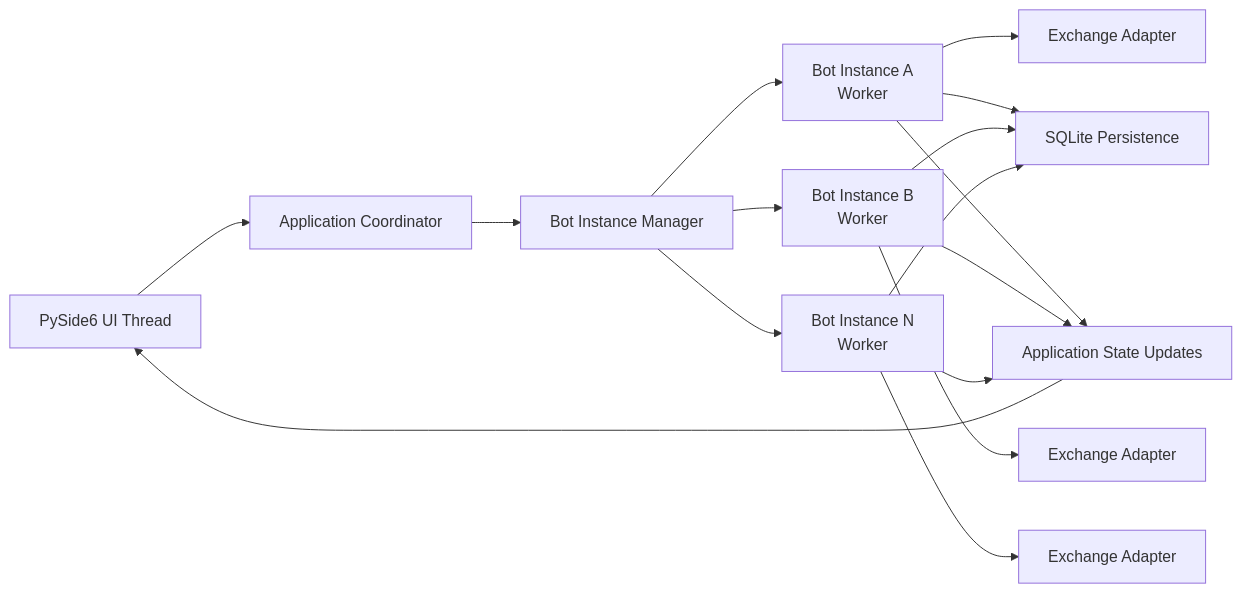
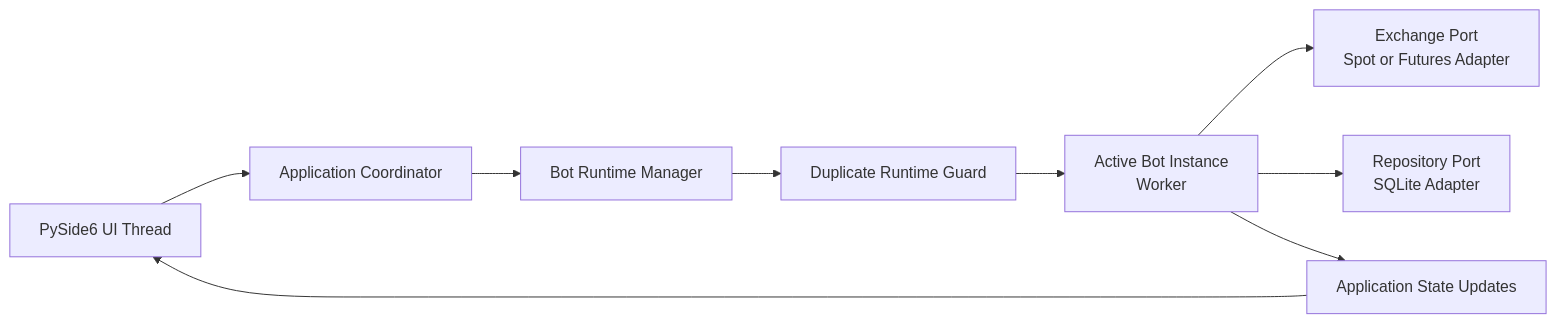
One commit to yukasung/tiewtrade changed the fourth of 23 diagrams in docs/architecture.md. Above: the diagram before and after it, drawn with Mermaid. The commit also changed other lines of this file and 5 other files, not shown here.

Commit message:
Align architecture documentation decisions

````diff
--- a/docs/architecture.md
+++ b/docs/architecture.md
@@ -156,22 +463,14 @@
 ```mermaid
 flowchart LR
     UIThread["PySide6 UI Thread"] --> AppCoordinator["Application Coordinator"]
-    AppCoordinator --> BotManager["Bot Instance Manager"]
+    AppCoordinator --> BotManager["Bot Runtime Manager"]
 
-    BotManager --> BotA["Bot Instance A<br/>Worker"]
-    BotManager --> BotB["Bot Instance B<br/>Worker"]
-    BotManager --> BotN["Bot Instance N<br/>Worker"]
+    BotManager --> Guard["Duplicate Runtime Guard"]
+    Guard --> Bot["Active Bot Instance<br/>Worker"]
 
-    BotA --> ExchangeA["Exchange Adapter"]
-    BotB --> ExchangeB["Exchange Adapter"]
-    BotN --> ExchangeN["Exchange Adapter"]
+    Bot --> Exchange["Exchange Port<br/>Spot or Futures Adapter"]
+    Bot --> Repository["Repository Port<br/>SQLite Adapter"]
+    Bot --> StateBus["Application State Updates"]
 
-    BotA --> SQLite["SQLite Persistence"]
-    BotB --> SQLite
-    BotN --> SQLite
-
-    BotA --> StateBus["Application State Updates"]
-    BotB --> StateBus
-    BotN --> StateBus
     StateBus --> UIThread
 ```
````
